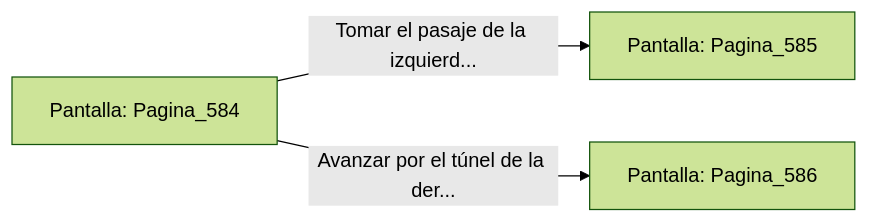
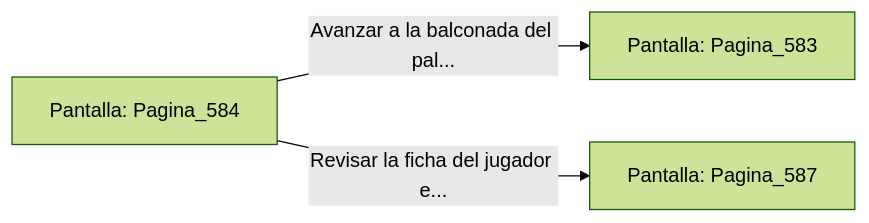
The diagram in sample/eligejuego-vault/Pantalla_Pagina_584.md (metsuke/mpl), drawn with Mermaid (forest theme) before and after one commit. The commit also changed other lines of this file and 635 other files, not shown here.

First line of the commit message:
fix: añadir Pagina_1 como pantalla inicial en capitulo_01.mpl

````diff
--- a/sample/eligejuego-vault/Pantalla_Pagina_584.md
+++ b/sample/eligejuego-vault/Pantalla_Pagina_584.md
@@ -20,6 +22,6 @@
 ```mermaid
 graph LR
     P_Pagina_584["Pantalla: Pagina_584"]
-    P_Pagina_584 -->|"Tomar el pasaje de la izquierd..."| P_Pagina_585["Pantalla: Pagina_585"]
-    P_Pagina_584 -->|"Avanzar por el túnel de la der..."| P_Pagina_586["Pantalla: Pagina_586"]
+    P_Pagina_584 -->|"Avanzar a la balconada del pal..."| P_Pagina_583["Pantalla: Pagina_583"]
+    P_Pagina_584 -->|"Revisar la ficha del jugador e..."| P_Pagina_587["Pantalla: Pagina_587"]
 ```
````
